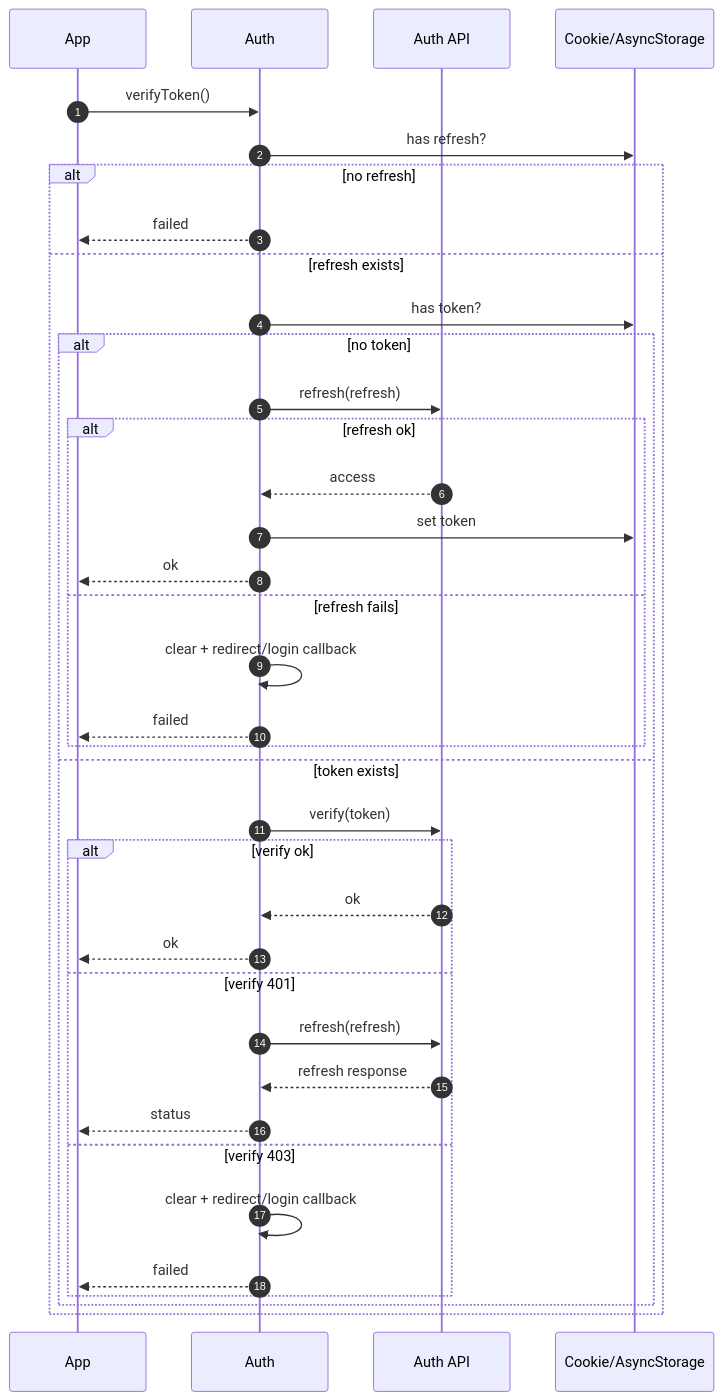
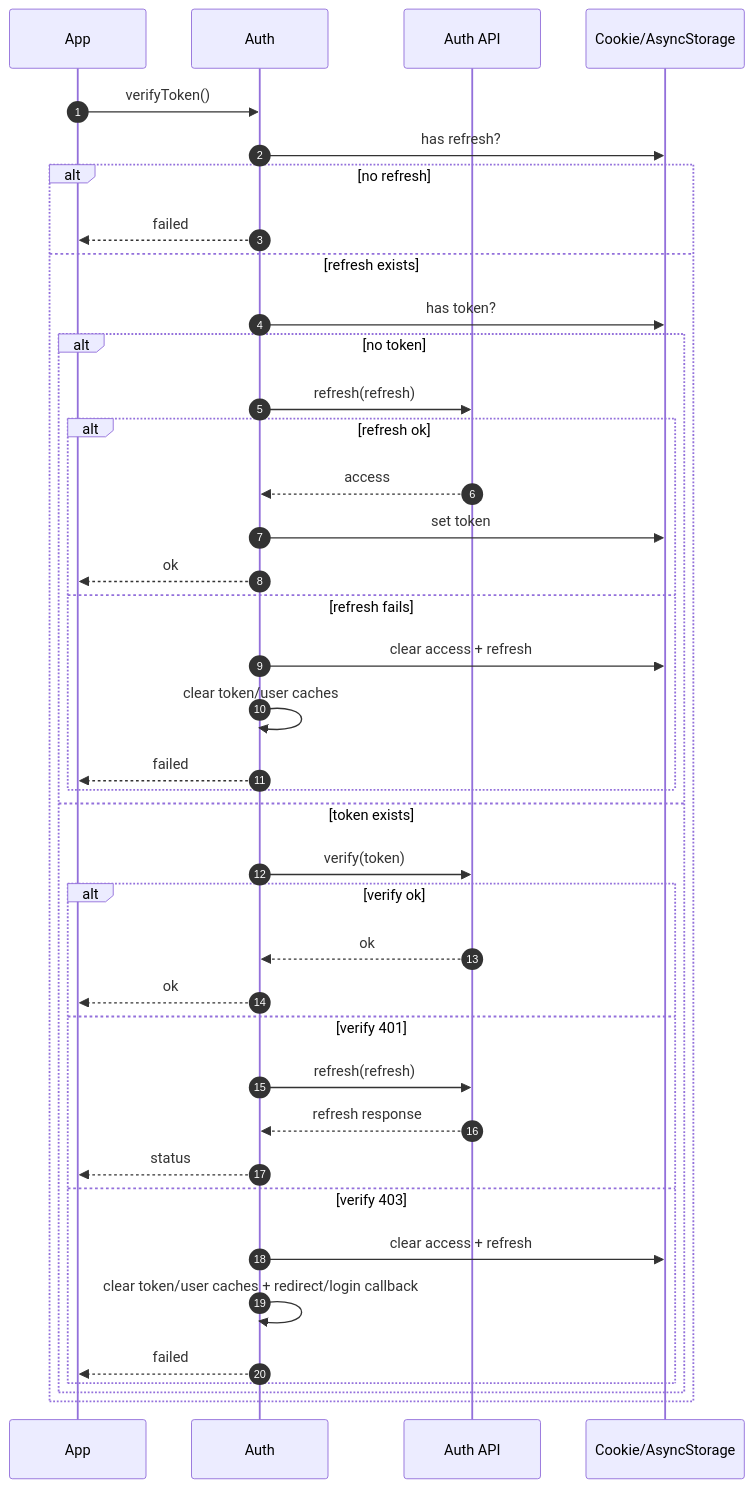
Before and after one commit to NETIX-AI-OSS/envoy-ts-auth: the second of 5 diagrams in docs/workflows.md, drawn with Mermaid. The commit also changed other lines of this file and 19 other files, not shown here.

````diff
--- a/docs/workflows.md
+++ b/docs/workflows.md
@@ -22,40 +22,42 @@
 ```mermaid
 sequenceDiagram
   autonumber
   participant App
   participant Auth
   participant API as Auth API
   participant Store as Cookie/AsyncStorage
 
   App->>Auth: verifyToken()
   Auth->>Store: has refresh?
   alt no refresh
     Auth-->>App: failed
   else refresh exists
     Auth->>Store: has token?
     alt no token
       Auth->>API: refresh(refresh)
       alt refresh ok
         API-->>Auth: access
         Auth->>Store: set token
         Auth-->>App: ok
       else refresh fails
-        Auth->>Auth: clear + redirect/login callback
+        Auth->>Store: clear access + refresh
+        Auth->>Auth: clear token/user caches
         Auth-->>App: failed
       end
     else token exists
       Auth->>API: verify(token)
       alt verify ok
         API-->>Auth: ok
         Auth-->>App: ok
       else verify 401
         Auth->>API: refresh(refresh)
         API-->>Auth: refresh response
         Auth-->>App: status
       else verify 403
-        Auth->>Auth: clear + redirect/login callback
+        Auth->>Store: clear access + refresh
+        Auth->>Auth: clear token/user caches + redirect/login callback
         Auth-->>App: failed
       end
     end
   end
 ```
````
